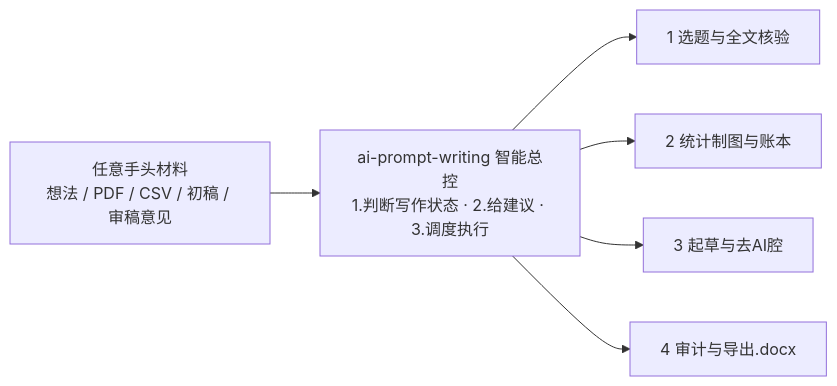
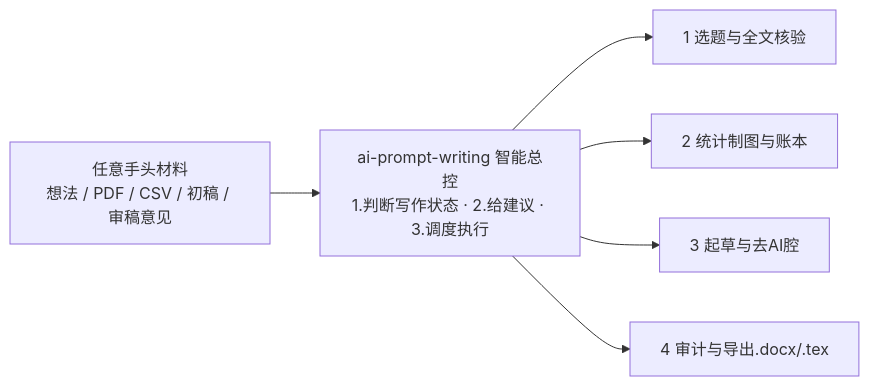
Before and after one commit to huh7i5/AI-prompts-writing: the diagram in README.md, drawn with Mermaid. The commit also changed other lines of this file and 9 other files, not shown here.

````diff
--- a/README.md
+++ b/README.md
@@ -1646,8 +1658,8 @@
 ```mermaid
 flowchart LR
     Raw["任意手头材料<br>想法 / PDF / CSV / 初稿 / 审稿意见"] --> Router["ai-prompt-writing 智能总控<br>1.判断写作状态 · 2.给建议 · 3.调度执行"]
     Router --> S1["1 选题与全文核验"]
     Router --> S2["2 统计制图与账本"]
     Router --> S3["3 起草与去AI腔"]
-    Router --> S4["4 审计与导出.docx"]
+    Router --> S4["4 审计与导出.docx/.tex"]
 ```
````
